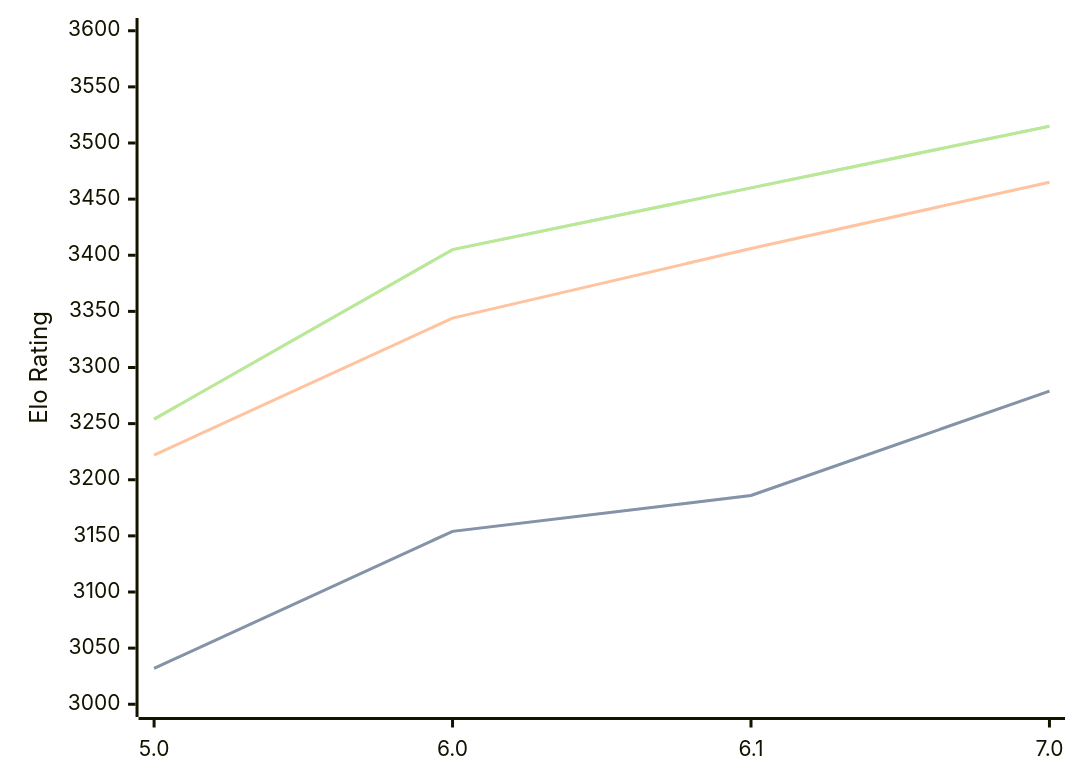
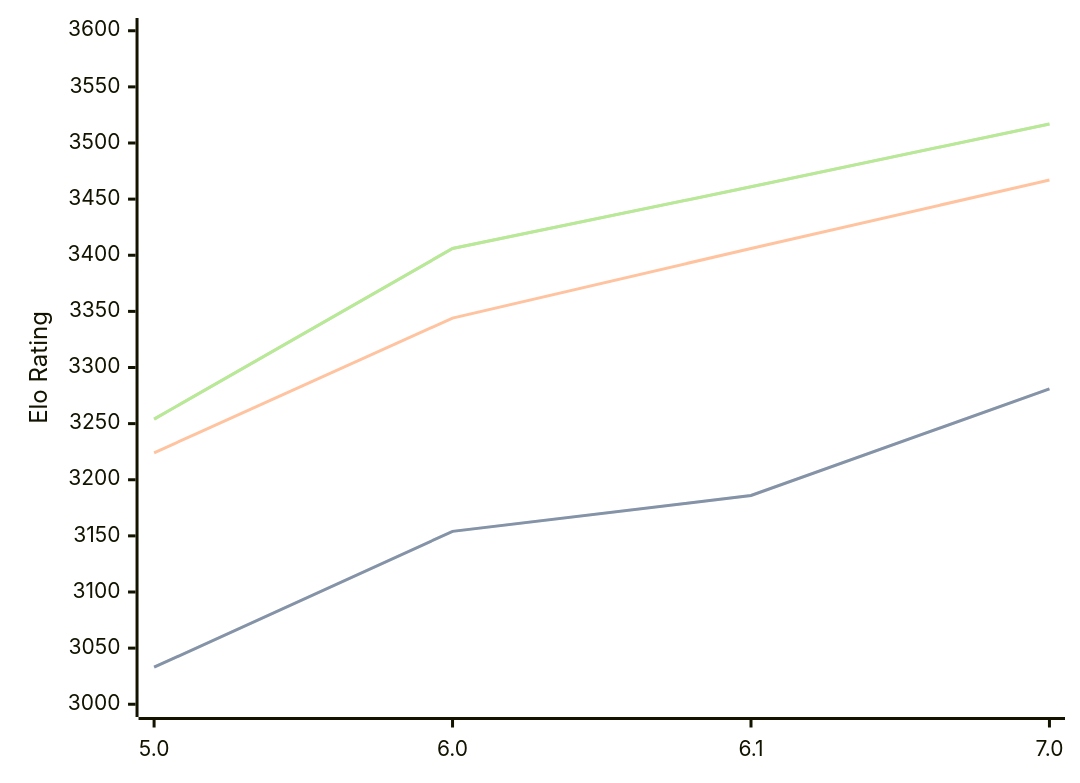
One commit to computer-chess-index/cci changed the third of 3 diagrams in engines/PZChessBot.md. Above: the diagram before and after it, drawn with Mermaid. The commit also changed other lines of this file, not shown here.

Commit message:
Update CCI Ratings (ELO VLTC) - 2026-06-22

````diff
--- a/engines/PZChessBot.md
+++ b/engines/PZChessBot.md
@@ -76,11 +76,11 @@
 ```mermaid
 %%{init: {"theme":"base","themeVariables":{"seriesColors:['#a3a3a3','#222221','#faa371']}}}%%
 xychart-beta
   x-axis ["5.0", "6.0", "6.1", "7.0"]
   y-axis "Elo Rating" 3000 --> 3600
-  line "STC (8.0+0.08s)" [3032, 3154, 3186, 3279]
-  line "STC (8.0+0.08s)" [3032, 3154, 3186, 3279]
-  line "LTC (60.0+0.60s)" [3222, 3344, 3406, 3465]
-  line "VLTC (2m24s+1.12s)" [3254, 3405, 3460, 3515]
-  line "VLTC (2m24s+1.12s)" [3254, 3405, 3460, 3515]
+  line "STC (8.0+0.08s)" [3033, 3154, 3186, 3281]
+  line "STC (8.0+0.08s)" [3033, 3154, 3186, 3281]
+  line "LTC (60.0+0.60s)" [3224, 3344, 3406, 3467]
+  line "VLTC (2m24s+1.12s)" [3254, 3406, 3461, 3517]
+  line "VLTC (2m24s+1.12s)" [3254, 3406, 3461, 3517]
 ```
````
